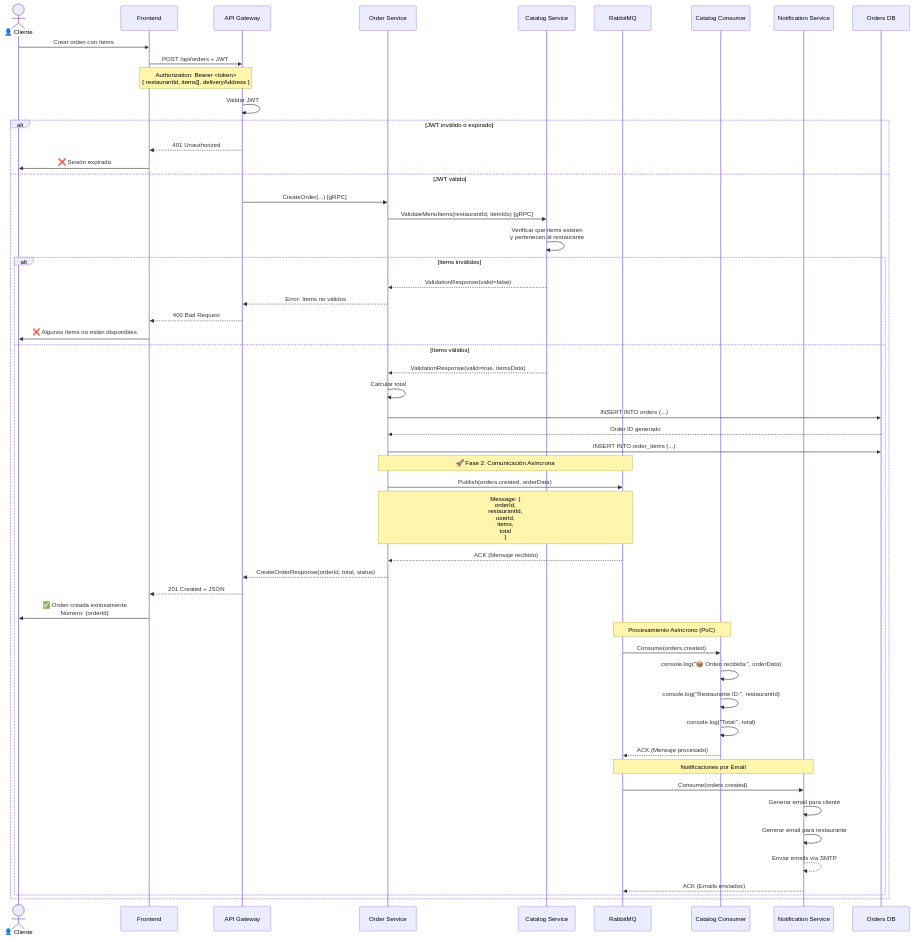
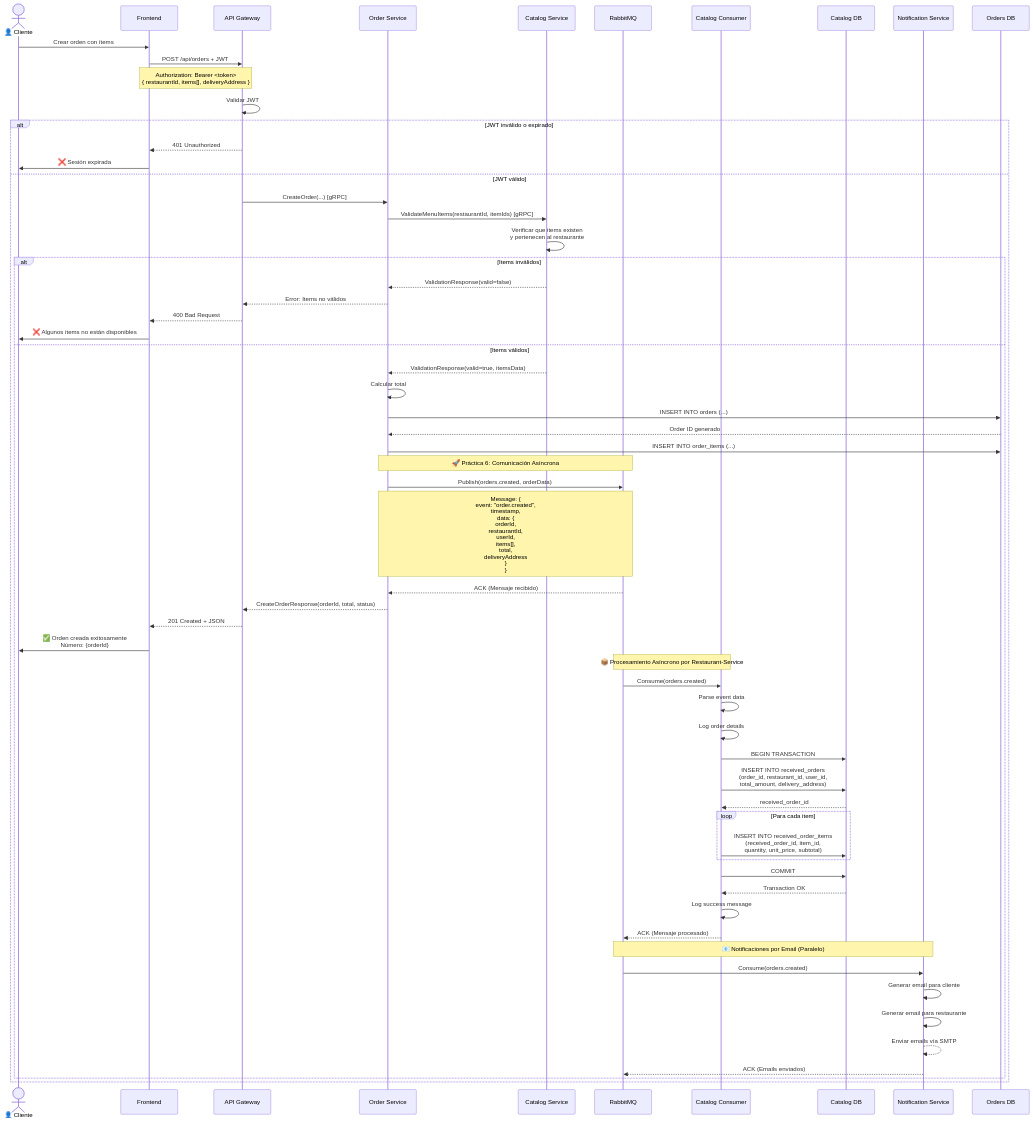
The third of 9 diagrams in Practica6/docs/DIAGRAMAS_ACTIVIDADES_SECUENCIA.md (Pablo-Fernandez-001/SA_PRACTICAS_201807411), drawn with Mermaid before and after one commit. The commit also changed other lines of this file and 7 other files, not shown here.

````diff
--- a/Practica6/docs/DIAGRAMAS_ACTIVIDADES_SECUENCIA.md
+++ b/Practica6/docs/DIAGRAMAS_ACTIVIDADES_SECUENCIA.md
@@ -127,64 +127,77 @@
 ```mermaid
 sequenceDiagram
     actor Cliente as 👤 Cliente
     participant FE as Frontend
     participant GW as API Gateway
     participant ORD as Order Service
     participant CAT as Catalog Service
     participant RMQ as RabbitMQ
     participant CATCONS as Catalog Consumer
+    participant CATDB as Catalog DB
     participant NOT as Notification Service
     participant DB as Orders DB
 
     Cliente->>FE: Crear orden con ítems
     FE->>GW: POST /api/orders + JWT
     Note over FE,GW: Authorization: Bearer <token><br/>{ restaurantId, items[], deliveryAddress }
     
     GW->>GW: Validar JWT
     alt JWT inválido o expirado
         GW-->>FE: 401 Unauthorized
         FE->>Cliente: ❌ Sesión expirada
     else JWT válido
         GW->>ORD: CreateOrder(...) [gRPC]
         
         ORD->>CAT: ValidateMenuItems(restaurantId, itemIds) [gRPC]
         CAT->>CAT: Verificar que items existen<br/>y pertenecen al restaurante
         
         alt Items inválidos
             CAT-->>ORD: ValidationResponse(valid=false)
             ORD-->>GW: Error: Items no válidos
             GW-->>FE: 400 Bad Request
             FE->>Cliente: ❌ Algunos items no están disponibles
         else Items válidos
             CAT-->>ORD: ValidationResponse(valid=true, itemsData)
             
             ORD->>ORD: Calcular total
             ORD->>DB: INSERT INTO orders (...)
             DB-->>ORD: Order ID generado
             ORD->>DB: INSERT INTO order_items (...)
             
-            Note over ORD,RMQ: 🚀 Fase 2: Comunicación Asíncrona
+            Note over ORD,RMQ: 🚀 Práctica 6: Comunicación Asíncrona
             ORD->>RMQ: Publish(orders.created, orderData)
-            Note over ORD,RMQ: Message: {<br/>  orderId,<br/>  restaurantId,<br/>  userId,<br/>  items,<br/>  total<br/>}
+            Note over ORD,RMQ: Message: {<br/>  event: "order.created",<br/>  timestamp,<br/>  data: {<br/>    orderId,<br/>    restaurantId,<br/>    userId,<br/>    items[],<br/>    total,<br/>    deliveryAddress<br/>  }<br/>}
             
             RMQ-->>ORD: ACK (Mensaje recibido)
             ORD-->>GW: CreateOrderResponse(orderId, total, status)
             GW-->>FE: 201 Created + JSON
             FE->>Cliente: ✅ Orden creada exitosamente<br/>Número: {orderId}
             
-            Note over RMQ,CATCONS: Procesamiento Asíncrono (PoC)
+            Note over RMQ,CATCONS: 📦 Procesamiento Asíncrono por Restaurant-Service
             RMQ->>CATCONS: Consume(orders.created)
-            CATCONS->>CATCONS: console.log("📦 Orden recibida:", orderData)
-            CATCONS->>CATCONS: console.log("Restaurante ID:", restaurantId)
-            CATCONS->>CATCONS: console.log("Total:", total)
+            CATCONS->>CATCONS: Parse event data
+            CATCONS->>CATCONS: Log order details
+            
+            CATCONS->>CATDB: BEGIN TRANSACTION
+            CATCONS->>CATDB: INSERT INTO received_orders<br/>(order_id, restaurant_id, user_id,<br/>total_amount, delivery_address)
+            CATDB-->>CATCONS: received_order_id
+            
+            loop Para cada item
+                CATCONS->>CATDB: INSERT INTO received_order_items<br/>(received_order_id, item_id,<br/>quantity, unit_price, subtotal)
+            end
+            
+            CATCONS->>CATDB: COMMIT
+            CATDB-->>CATCONS: Transaction OK
+            
+            CATCONS->>CATCONS: Log success message
             CATCONS-->>RMQ: ACK (Mensaje procesado)
             
-            Note over RMQ,NOT: Notificaciones por Email
+            Note over RMQ,NOT: 📧 Notificaciones por Email (Paralelo)
             RMQ->>NOT: Consume(orders.created)
             NOT->>NOT: Generar email para cliente
             NOT->>NOT: Generar email para restaurante
             NOT-->>NOT: Enviar emails vía SMTP
             NOT-->>RMQ: ACK (Emails enviados)
         end
     end
 ```
````
